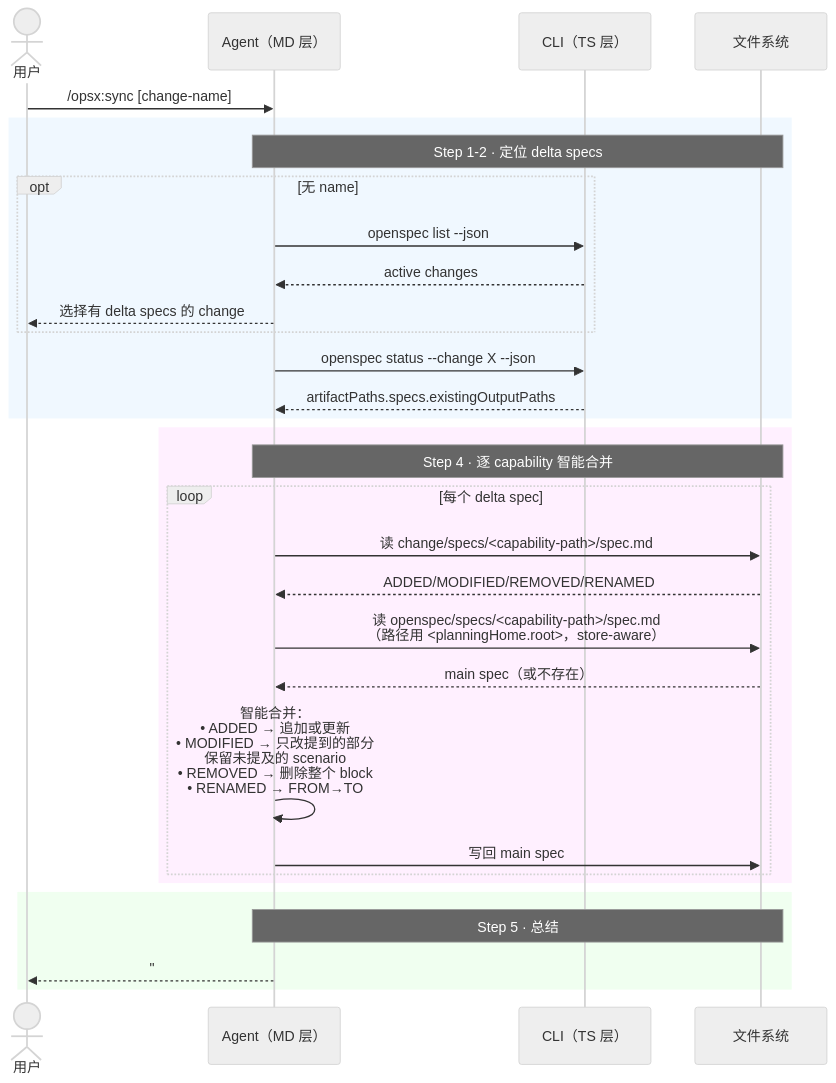
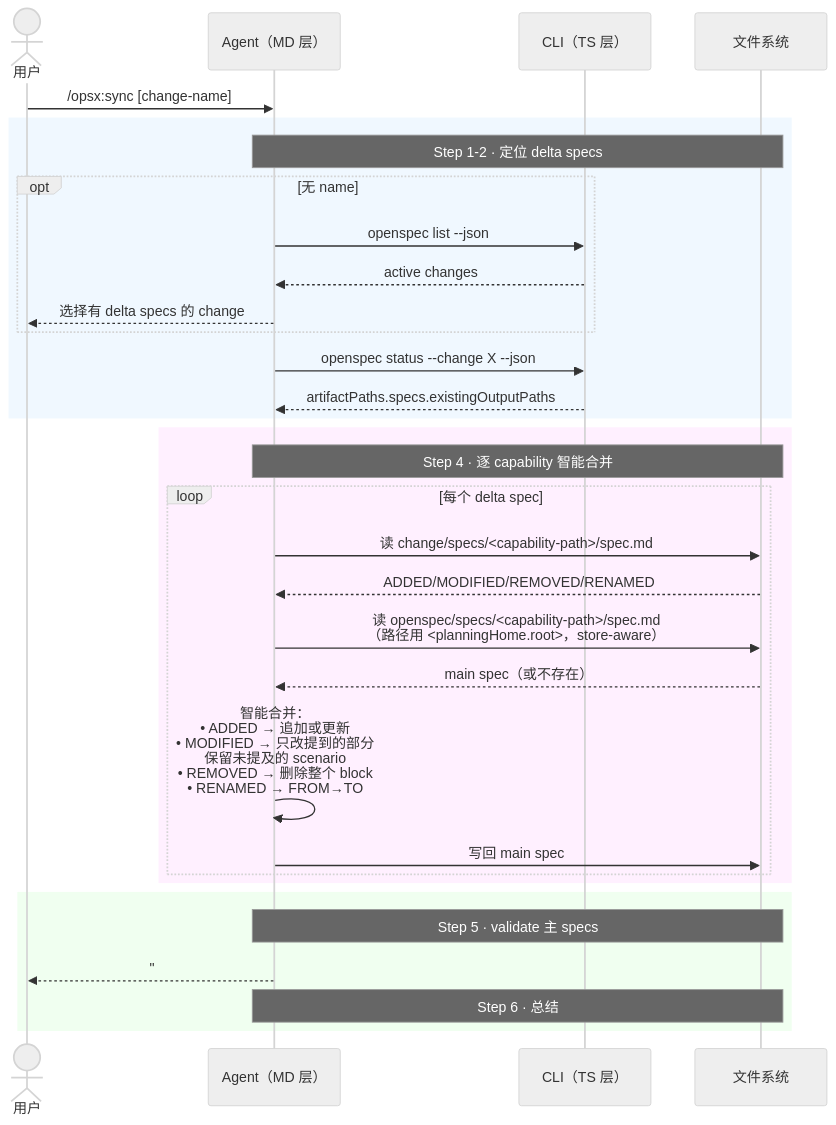
Before and after one commit to ethan-jiang-3/OpenSpec: the diagram in _digested/workflows/07-sync.md, drawn with Mermaid (neutral theme). The commit also changed other lines of this file, not shown here.

Commit message:
docs(workflows/07): 补 Step 5 validate（原文档整个漏掉验证步骤，Step 6 错标为 5）

````diff
--- a/_digested/workflows/07-sync.md
+++ b/_digested/workflows/07-sync.md
@@ -39,37 +39,38 @@
 ```mermaid
 sequenceDiagram
     actor User as 用户
     participant MD as Agent（MD 层）
     participant TS as CLI（TS 层）
     participant FS as 文件系统
 
     User->>MD: /opsx:sync [change-name]
 
     rect rgb(240, 248, 255)
         Note over MD,FS: Step 1-2 · 定位 delta specs
         opt 无 name
             MD->>TS: openspec list --json
             TS-->>MD: active changes
             MD-->>User: 选择有 delta specs 的 change
         end
         MD->>TS: openspec status --change X --json
         TS-->>MD: artifactPaths.specs.existingOutputPaths
     end
 
     rect rgb(255, 240, 255)
         Note over MD,FS: Step 4 · 逐 capability 智能合并
         loop 每个 delta spec
             MD->>FS: 读 change/specs/<capability-path>/spec.md
             FS-->>MD: ADDED/MODIFIED/REMOVED/RENAMED
             MD->>FS: 读 openspec/specs/<capability-path>/spec.md<br/>（路径用 <planningHome.root>，store-aware）
             FS-->>MD: main spec（或不存在）
             MD->>MD: 智能合并：<br/>• ADDED → 追加或更新<br/>• MODIFIED → 只改提到的部分<br/>  保留未提及的 scenario<br/>• REMOVED → 删除整个 block<br/>• RENAMED → FROM→TO
             MD->>FS: 写回 main spec
         end
     end
 
     rect rgb(240, 255, 240)
-        Note over MD,FS: Step 5 · 总结
+        Note over MD,FS: Step 5 · validate 主 specs
         MD-->>User: "## Specs Synced<br/>Updated: user-auth (+1 added, ~1 modified)<br/>Change remains active."
+        Note over MD,FS: Step 6 · 总结
     end
 ```
````
